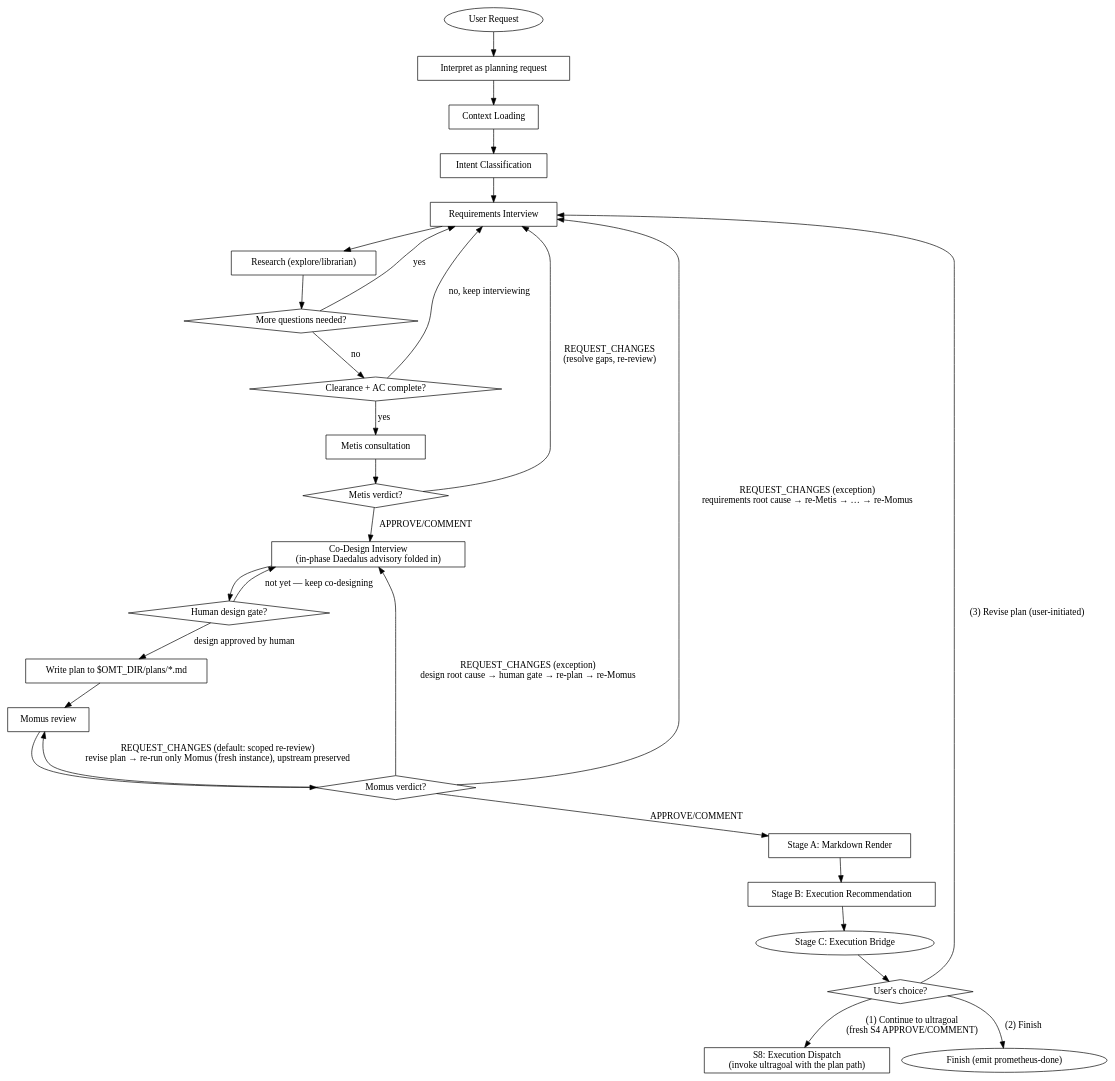
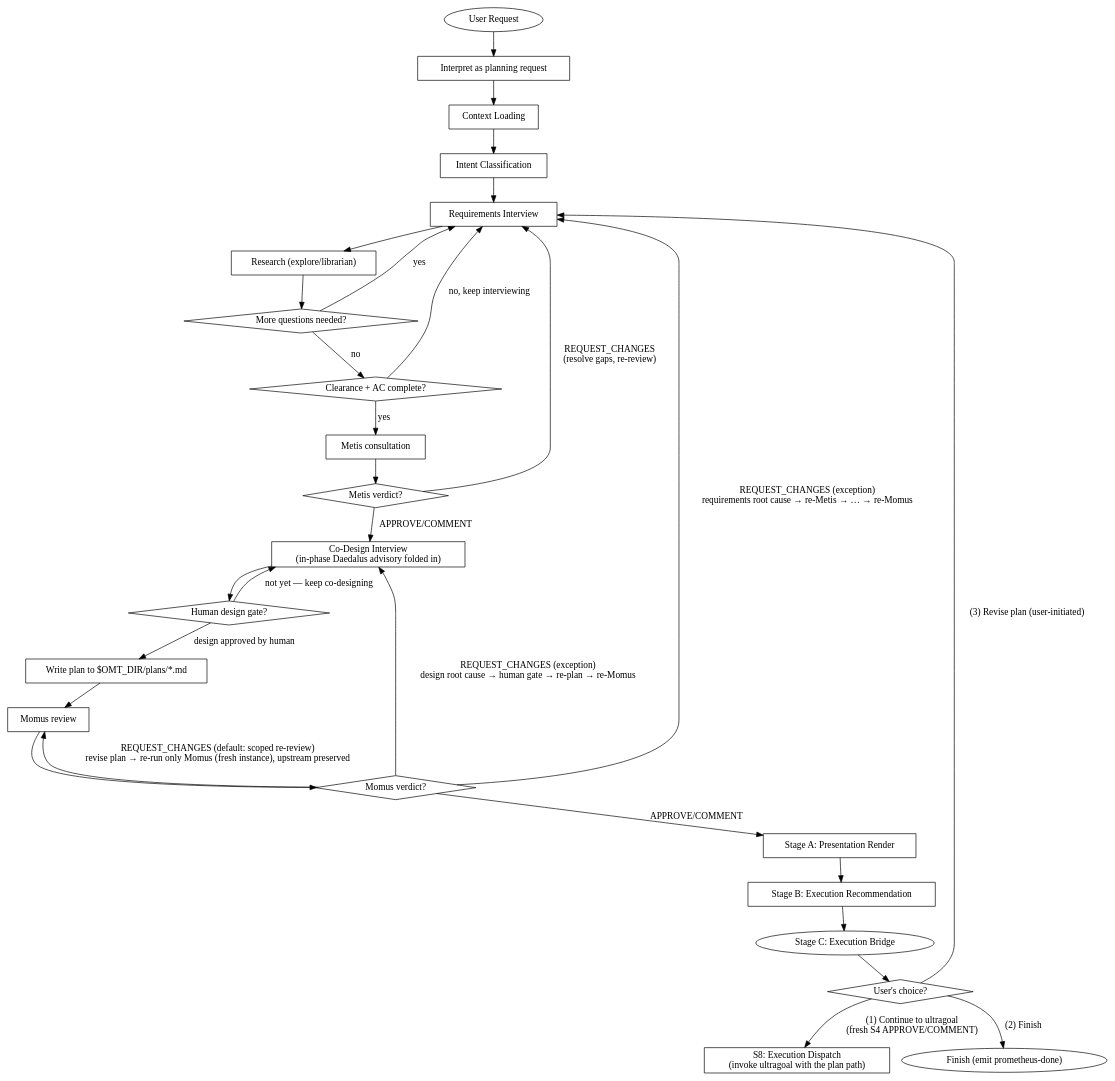
The diagram in skills/prometheus/SKILL.md (toongri/oh-my-toong-playground), drawn with Graphviz before and after one commit. The commit also changed other lines of this file and 7 other files, not shown here.

````diff
--- a/skills/prometheus/SKILL.md
+++ b/skills/prometheus/SKILL.md
@@ -68,55 +68,55 @@
 ```dot
 digraph prometheus_flow {
     rankdir=TB;
     "User Request" [shape=ellipse];
     "Interpret as planning request" [shape=box];
     "Context Loading" [shape=box];
     "Intent Classification" [shape=box];
     "Requirements Interview" [shape=box];
     "Research (explore/librarian)" [shape=box];
     "More questions needed?" [shape=diamond];
     "Clearance + AC complete?" [shape=diamond];
     "Metis consultation" [shape=box];
     "Metis verdict?" [shape=diamond];
     "Co-Design Interview\n(in-phase Daedalus advisory folded in)" [shape=box];
     "Human design gate?" [shape=diamond];
     "Write plan to $OMT_DIR/plans/*.md" [shape=box];
     "Momus review" [shape=box];
     "Momus verdict?" [shape=diamond];
-    "Stage A: Markdown Render" [shape=box];
+    "Stage A: Presentation Render" [shape=box];
     "Stage B: Execution Recommendation" [shape=box];
     "Stage C: Execution Bridge" [shape=ellipse];
     "User's choice?" [shape=diamond];
     "S8: Execution Dispatch\n(invoke ultragoal with the plan path)" [shape=box];
     "Finish (emit prometheus-done)" [shape=ellipse];
 
     "User Request" -> "Interpret as planning request";
     "Interpret as planning request" -> "Context Loading";
     "Context Loading" -> "Intent Classification";
     "Intent Classification" -> "Requirements Interview";
     "Requirements Interview" -> "Research (explore/librarian)";
     "Research (explore/librarian)" -> "More questions needed?";
     "More questions needed?" -> "Requirements Interview" [label="yes"];
     "More questions needed?" -> "Clearance + AC complete?" [label="no"];
     "Clearance + AC complete?" -> "Requirements Interview" [label="no, keep interviewing"];
     "Clearance + AC complete?" -> "Metis consultation" [label="yes"];
     "Metis consultation" -> "Metis verdict?";
     "Metis verdict?" -> "Requirements Interview" [label="REQUEST_CHANGES\n(resolve gaps, re-review)"];
     "Metis verdict?" -> "Co-Design Interview\n(in-phase Daedalus advisory folded in)" [label="APPROVE/COMMENT"];
     "Co-Design Interview\n(in-phase Daedalus advisory folded in)" -> "Human design gate?";
     "Human design gate?" -> "Co-Design Interview\n(in-phase Daedalus advisory folded in)" [label="not yet — keep co-designing"];
     "Human design gate?" -> "Write plan to $OMT_DIR/plans/*.md" [label="design approved by human"];
     "Write plan to $OMT_DIR/plans/*.md" -> "Momus review";
     "Momus review" -> "Momus verdict?";
     "Momus verdict?" -> "Momus review" [label="REQUEST_CHANGES (default: scoped re-review)\nrevise plan → re-run only Momus (fresh instance), upstream preserved"];
     "Momus verdict?" -> "Requirements Interview" [label="REQUEST_CHANGES (exception)\nrequirements root cause → re-Metis → … → re-Momus"];
     "Momus verdict?" -> "Co-Design Interview\n(in-phase Daedalus advisory folded in)" [label="REQUEST_CHANGES (exception)\ndesign root cause → human gate → re-plan → re-Momus"];
-    "Momus verdict?" -> "Stage A: Markdown Render" [label="APPROVE/COMMENT"];
-    "Stage A: Markdown Render" -> "Stage B: Execution Recommendation";
+    "Momus verdict?" -> "Stage A: Presentation Render" [label="APPROVE/COMMENT"];
+    "Stage A: Presentation Render" -> "Stage B: Execution Recommendation";
     "Stage B: Execution Recommendation" -> "Stage C: Execution Bridge";
     "Stage C: Execution Bridge" -> "User's choice?";
     "User's choice?" -> "S8: Execution Dispatch\n(invoke ultragoal with the plan path)" [label="(1) Continue to ultragoal\n(fresh S4 APPROVE/COMMENT)"];
     "User's choice?" -> "Finish (emit prometheus-done)" [label="(2) Finish"];
     "User's choice?" -> "Requirements Interview" [label="(3) Revise plan (user-initiated)"];
 }
 ```
````
